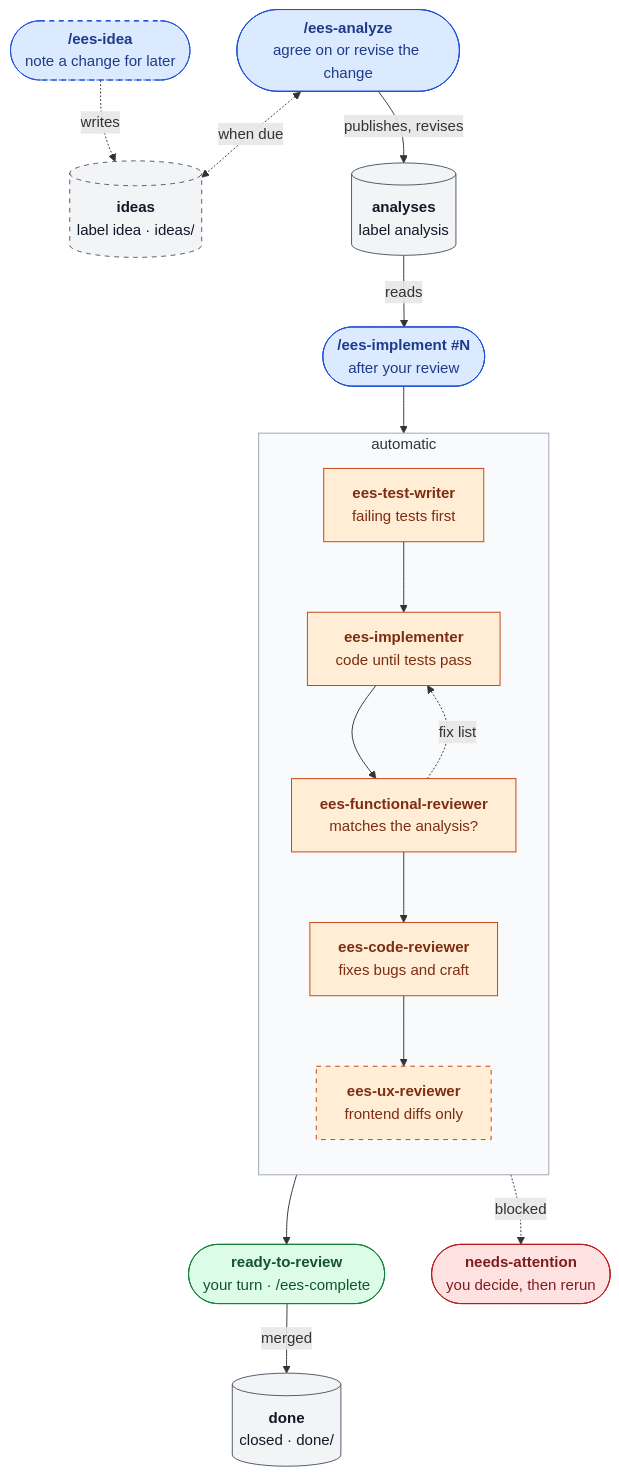
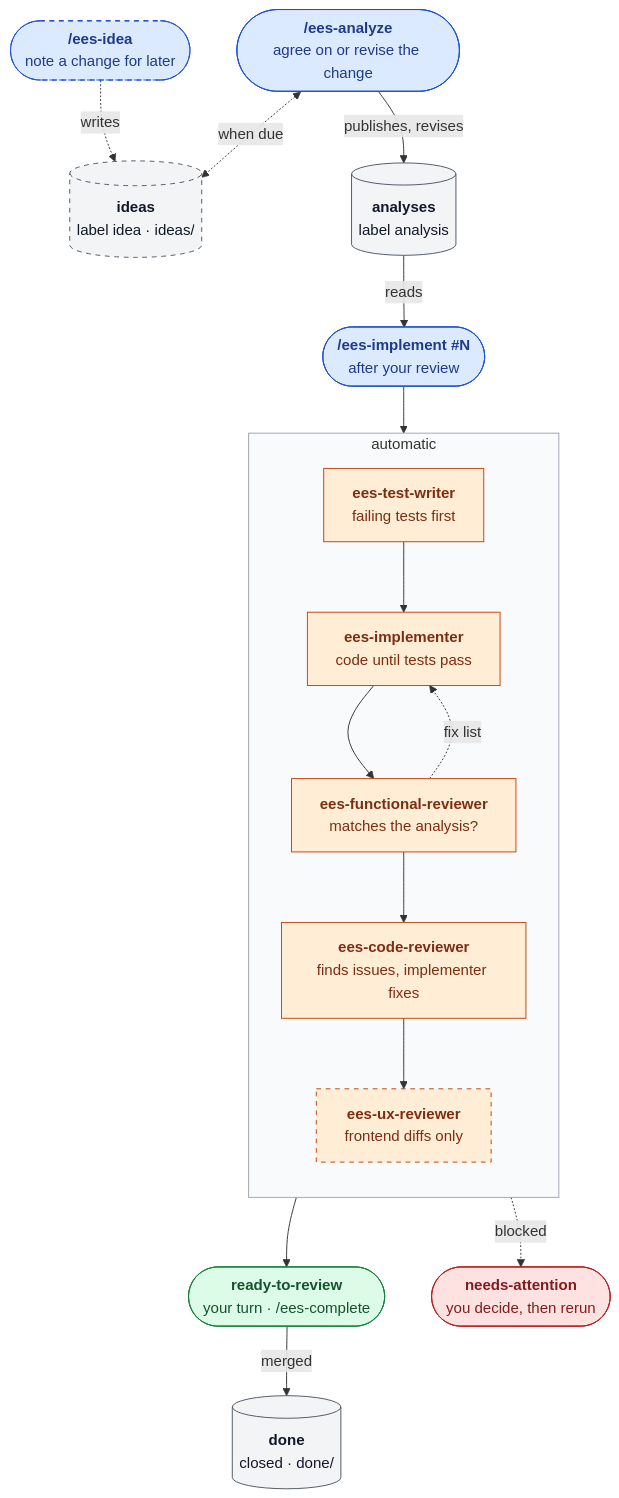
One commit to rdurica/enterprise-engineering-skills changed the diagram in README.md. Above: the diagram before and after it, drawn with Mermaid. The commit also changed other lines of this file and 42 other files, not shown here.

First line of the commit message:
refactor(change): run ees-change only on request and make code review a command

````diff
--- a/README.md
+++ b/README.md
@@ -32,45 +32,45 @@
 ```mermaid
 flowchart TD
     Idea(["<b>/ees-idea</b><br/>note a change for later"])
     Analyze(["<b>/ees-analyze</b><br/>agree on or revise the change"])
     Ideas[("<b>ideas</b><br/>label idea · ideas/")]
     Analyses[("<b>analyses</b><br/>label analysis")]
     Implement(["<b>/ees-implement #N</b><br/>after your review"])
 
     subgraph Auto["automatic"]
         direction TB
         testWriter["<b>ees-test-writer</b><br/>failing tests first"]
         implementer["<b>ees-implementer</b><br/>code until tests pass"]
         functional["<b>ees-functional-reviewer</b><br/>matches the analysis?"]
-        codeReview["<b>ees-code-reviewer</b><br/>fixes bugs and craft"]
+        codeReview["<b>ees-code-reviewer</b><br/>finds issues, implementer fixes"]
         ux["<b>ees-ux-reviewer</b><br/>frontend diffs only"]
 
         testWriter --> implementer --> functional --> codeReview --> ux
         functional -. "fix list" .-> implementer
     end
 
     Ready(["<b>ready-to-review</b><br/>your turn · /ees-complete"])
     Attention(["<b>needs-attention</b><br/>you decide, then rerun"])
     Done[("<b>done</b><br/>closed · done/")]
 
     Idea -. "writes" .-> Ideas
     Analyze <-. "when due" .-> Ideas
     Analyze -- "publishes, revises" --> Analyses
     Analyses -- "reads" --> Implement --> testWriter
     ux --> Ready -- "merged" --> Done
     Auto -. "blocked" .-> Attention
 
     classDef human fill:#dbeafe,stroke:#1d4ed8,color:#1e3a8a
     classDef agent fill:#ffedd5,stroke:#c2410c,color:#7c2d12
     classDef optional stroke-dasharray:5 5
     classDef store fill:#f3f4f6,stroke:#4b5563,color:#111827
     classDef ready fill:#dcfce7,stroke:#15803d,color:#14532d
     classDef blocked fill:#fee2e2,stroke:#b91c1c,color:#7f1d1d
     class Idea,Analyze,Implement human
     class Idea,Ideas,ux optional
     class testWriter,implementer,functional,codeReview,ux agent
     class Ideas,Analyses,Done store
     class Ready ready
     class Attention blocked
     style Auto fill:#f9fafb,stroke:#9ca3af
 ```
````
